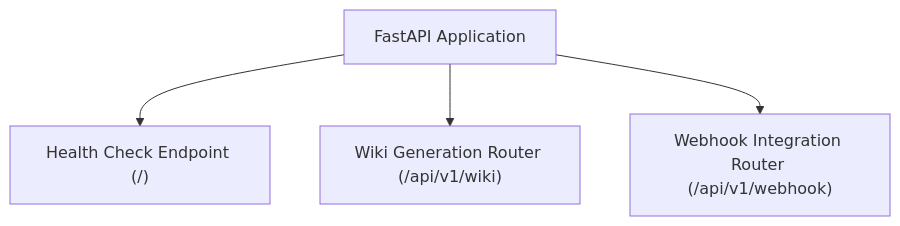
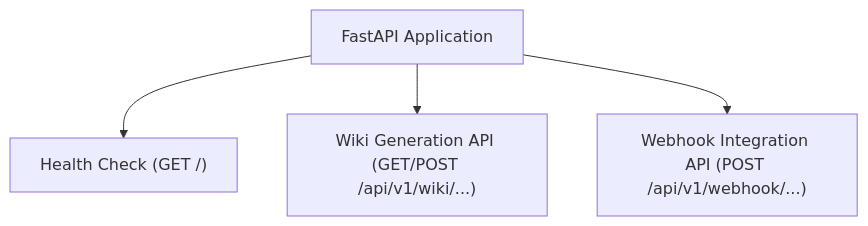
One commit to catuscio/wiki-as-readme changed the tenth of 23 diagrams in examples/wiki_as_README.md. Above: the diagram before and after it, drawn with Mermaid. The commit also changed other lines of this file, not shown here.

Commit message:
✨📚 Update examples/wiki_as_README.md via Wiki-As-Readme Action (ko)

````diff
--- a/examples/wiki_as_README.md
+++ b/examples/wiki_as_README.md
@@ -1247,11 +1175,11 @@
 ```mermaid
 graph TD
     A["FastAPI Application"]
-    B["Health Check Endpoint (/)"]
-    C["Wiki Generation Router (/api/v1/wiki)"]
-    D["Webhook Integration Router (/api/v1/webhook)"]
+    B["Health Check (GET /)"]
+    C["Wiki Generation API (GET/POST /api/v1/wiki/...)"]
+    D["Webhook Integration API (POST /api/v1/webhook/...)"]
 
     A --> B
     A --> C
     A --> D
 ```
````
